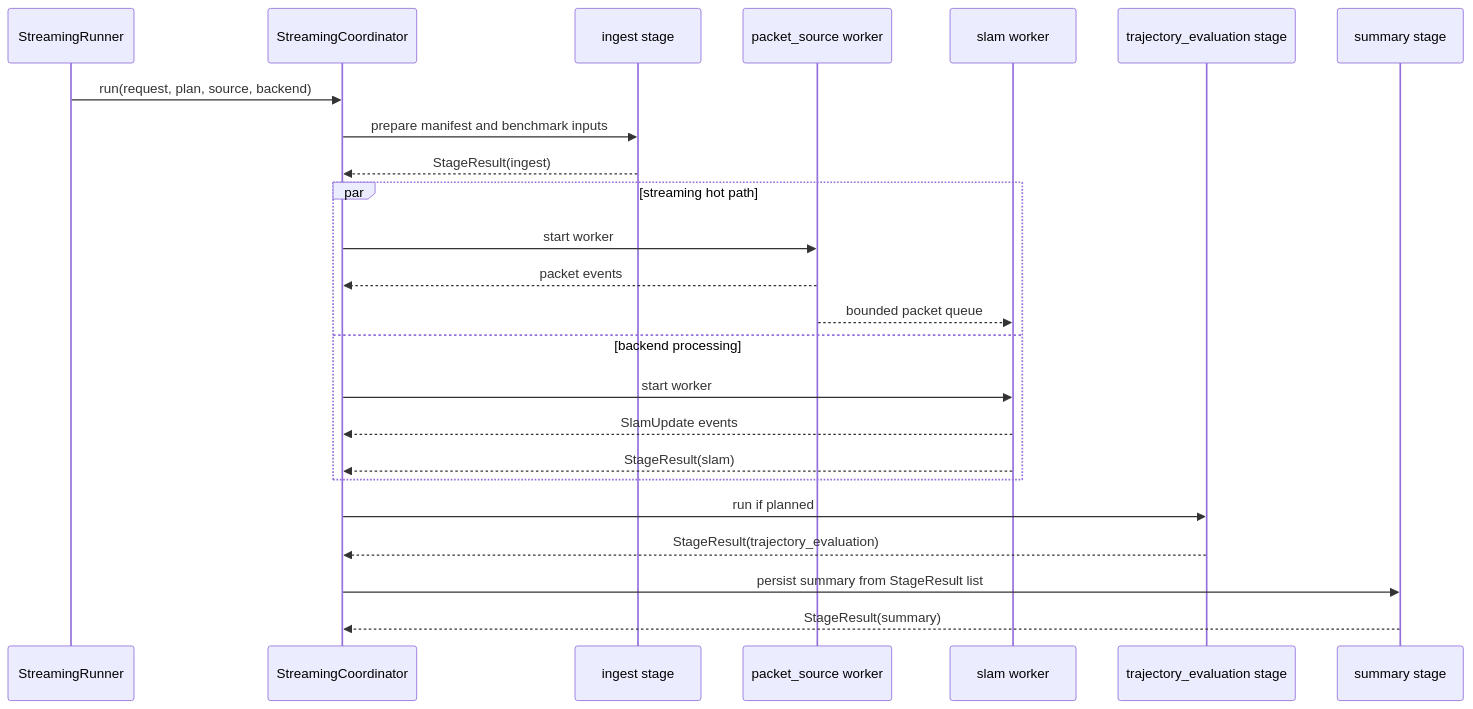
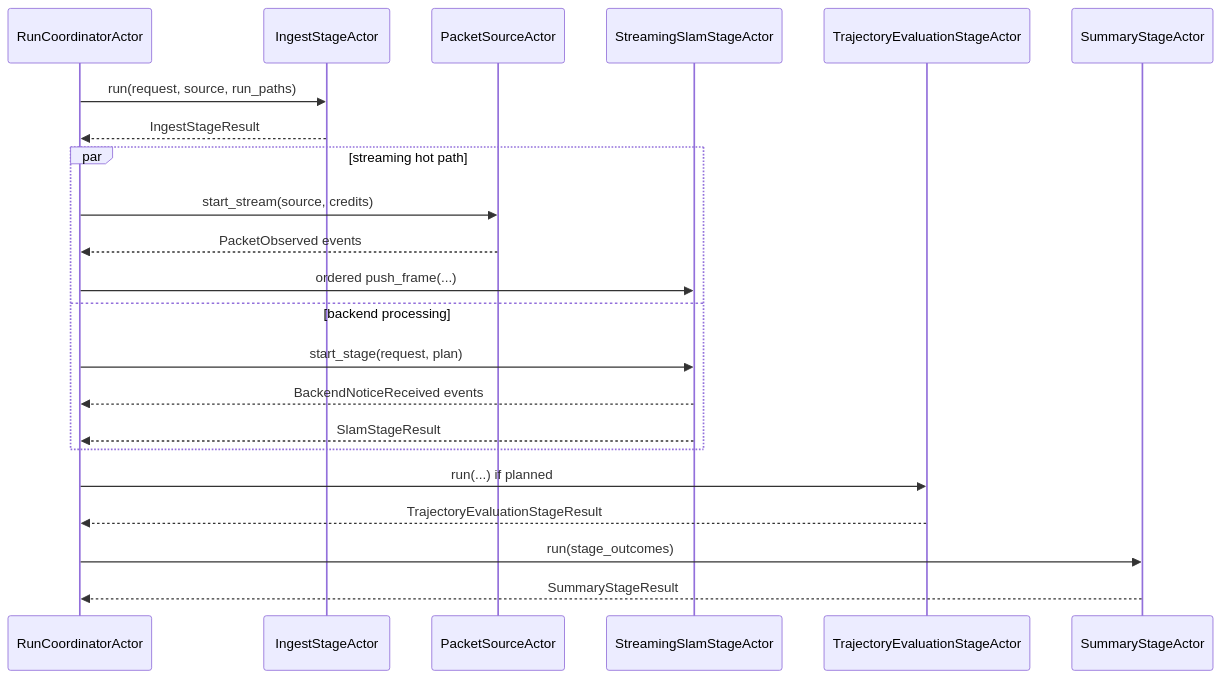
Before and after one commit to JanDuchscherer104/prml-vslam: the second of 2 diagrams in src/prml_vslam/pipeline/README.md, drawn with Mermaid. The commit also changed other lines of this file and 101 other files, not shown here.

````diff
--- a/src/prml_vslam/pipeline/README.md
+++ b/src/prml_vslam/pipeline/README.md
@@ -109,27 +119,25 @@
 ```mermaid
 sequenceDiagram
-    participant Runner as StreamingRunner
-    participant Coord as StreamingCoordinator
-    participant Ingest as ingest stage
-    participant Source as packet_source worker
-    participant Slam as slam worker
-    participant Eval as trajectory_evaluation stage
-    participant Summary as summary stage
+    participant Coord as RunCoordinatorActor
+    participant Ingest as IngestStageActor
+    participant Source as PacketSourceActor
+    participant Slam as StreamingSlamStageActor
+    participant Eval as TrajectoryEvaluationStageActor
+    participant Summary as SummaryStageActor
 
-    Runner->>Coord: run(request, plan, source, backend)
-    Coord->>Ingest: prepare manifest and benchmark inputs
-    Ingest-->>Coord: StageResult(ingest)
+    Coord->>Ingest: run(request, source, run_paths)
+    Ingest-->>Coord: IngestStageResult
     par streaming hot path
-        Coord->>Source: start worker
-        Source-->>Coord: packet events
-        Source-->>Slam: bounded packet queue
+        Coord->>Source: start_stream(source, credits)
+        Source-->>Coord: PacketObserved events
+        Coord->>Slam: ordered push_frame(...)
     and backend processing
-        Coord->>Slam: start worker
-        Slam-->>Coord: SlamUpdate events
-        Slam-->>Coord: StageResult(slam)
+        Coord->>Slam: start_stage(request, plan)
+        Slam-->>Coord: BackendNoticeReceived events
+        Slam-->>Coord: SlamStageResult
     end
-    Coord->>Eval: run if planned
-    Eval-->>Coord: StageResult(trajectory_evaluation)
-    Coord->>Summary: persist summary from StageResult list
-    Summary-->>Coord: StageResult(summary)
+    Coord->>Eval: run(...) if planned
+    Eval-->>Coord: TrajectoryEvaluationStageResult
+    Coord->>Summary: run(stage_outcomes)
+    Summary-->>Coord: SummaryStageResult
 ```
````
